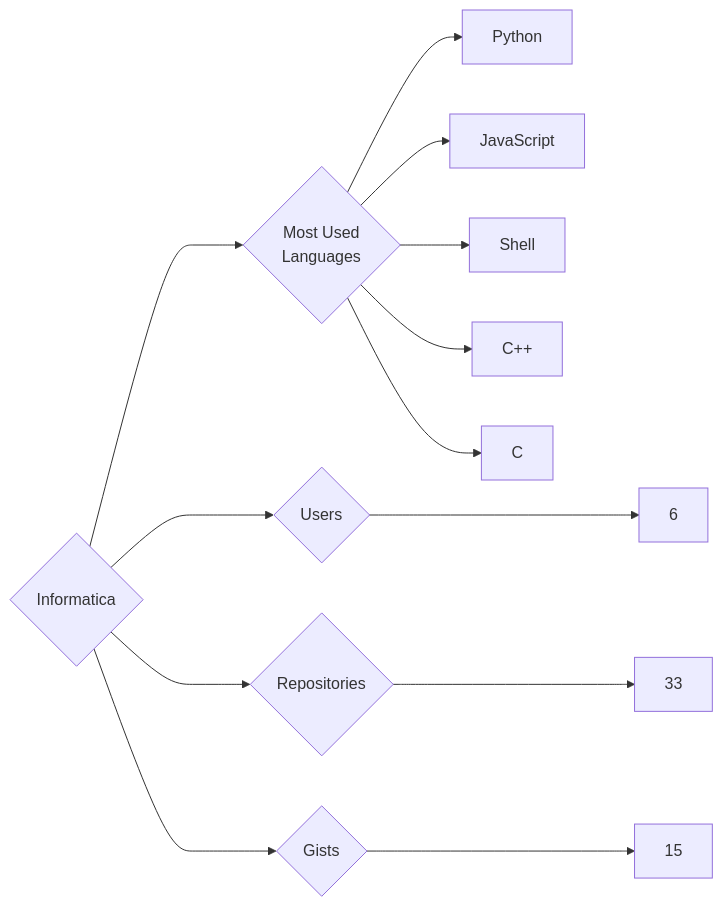
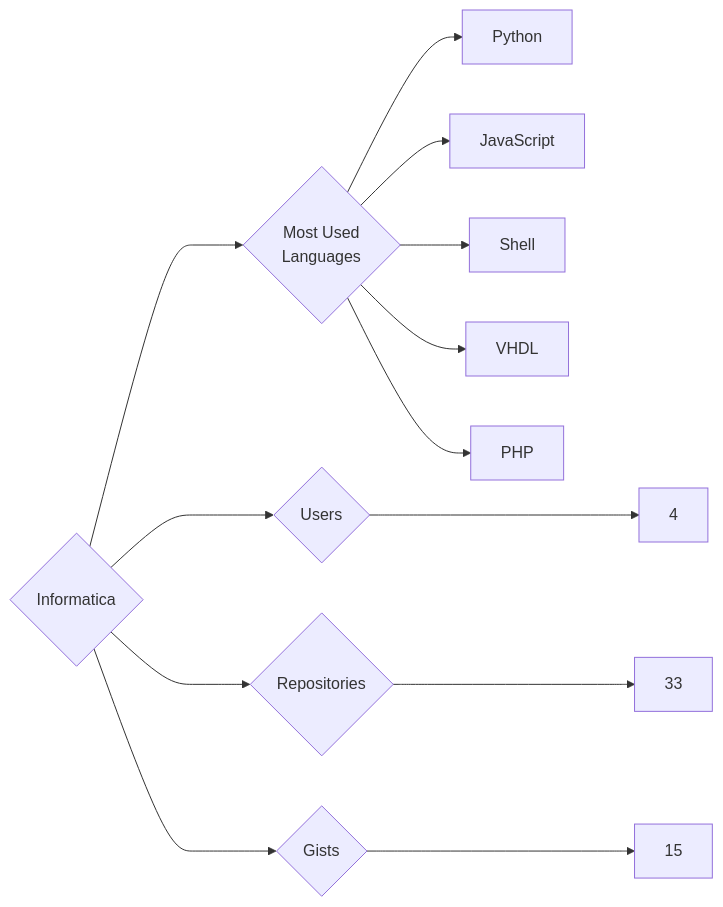
One commit to trickest/insiders changed the diagram in targets/Informatica/README.md. Above: the diagram before and after it, drawn with Mermaid. The commit also changed 998 other files, not shown here.

````diff
--- a/targets/Informatica/README.md
+++ b/targets/Informatica/README.md
@@ -3,13 +3,13 @@
 ```mermaid
 graph LR
 COMPANY_NAME{Informatica}
-COMPANY_NAME ---> U{Users} ---> UN[6]
+COMPANY_NAME ---> U{Users} ---> UN[4]
 COMPANY_NAME ---> R{Repositories} ---> RN[33]
 COMPANY_NAME ---> G{Gists} ---> GN[15]
 COMPANY_NAME ---> ML{Most Used<br>Languages}
 ML --> Python[Python]
 ML --> JavaScript[JavaScript]
 ML --> Shell[Shell]
-ML --> C++[C++]
-ML --> C[C]
+ML --> VHDL[VHDL]
+ML --> PHP[PHP]
 ```
````
